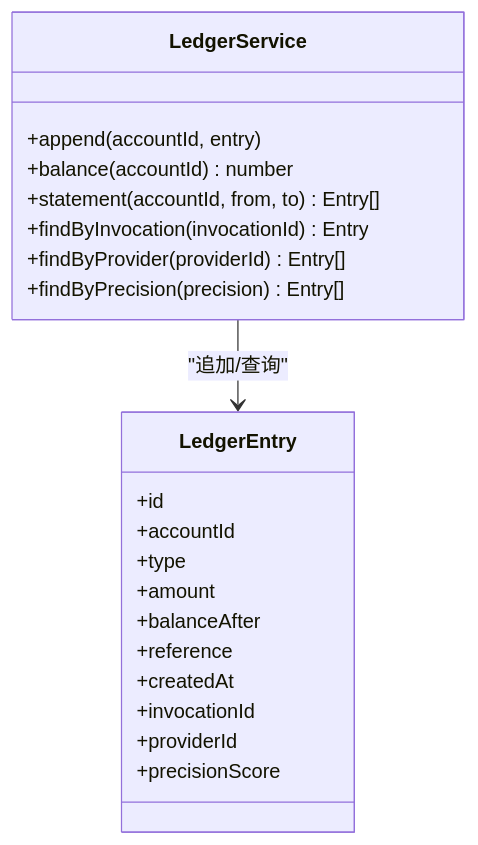
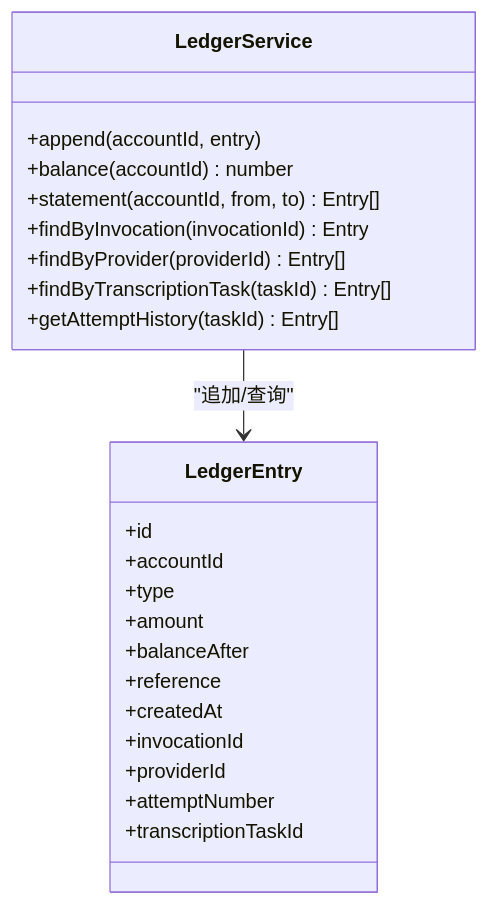
One commit to scottcwy/PurpleInk changed diagram 12 of 15 in .qoder/repowiki/zh/content/项目概述/计费配置/计费和会计账簿系统.md. Above: the diagram before and after it, drawn with Mermaid. The commit also changed other lines of this file and 29 other files, not shown here.

````diff
--- a/.qoder/repowiki/zh/content/项目概述/计费配置/计费和会计账簿系统.md
+++ b/.qoder/repowiki/zh/content/项目概述/计费配置/计费和会计账簿系统.md
@@ -575,24 +584,26 @@
 ```mermaid
 classDiagram
 class LedgerService {
 +append(accountId, entry)
 +balance(accountId) number
 +statement(accountId, from, to) Entry[]
 +findByInvocation(invocationId) Entry
 +findByProvider(providerId) Entry[]
-+findByPrecision(precision) Entry[]
++findByTranscriptionTask(taskId) Entry[]
++getAttemptHistory(taskId) Entry[]
 }
 class LedgerEntry {
 +id
 +accountId
 +type
 +amount
 +balanceAfter
 +reference
 +createdAt
 +invocationId
 +providerId
-+precisionScore
++attemptNumber
++transcriptionTaskId
 }
 LedgerService --> LedgerEntry : "追加/查询"
 ```
````
